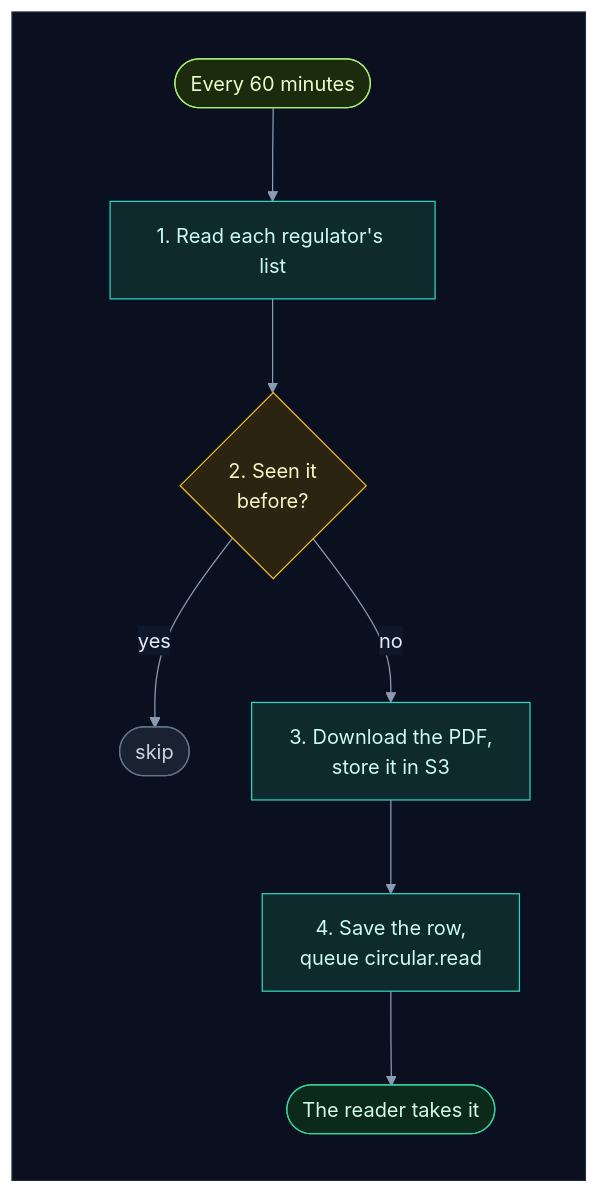
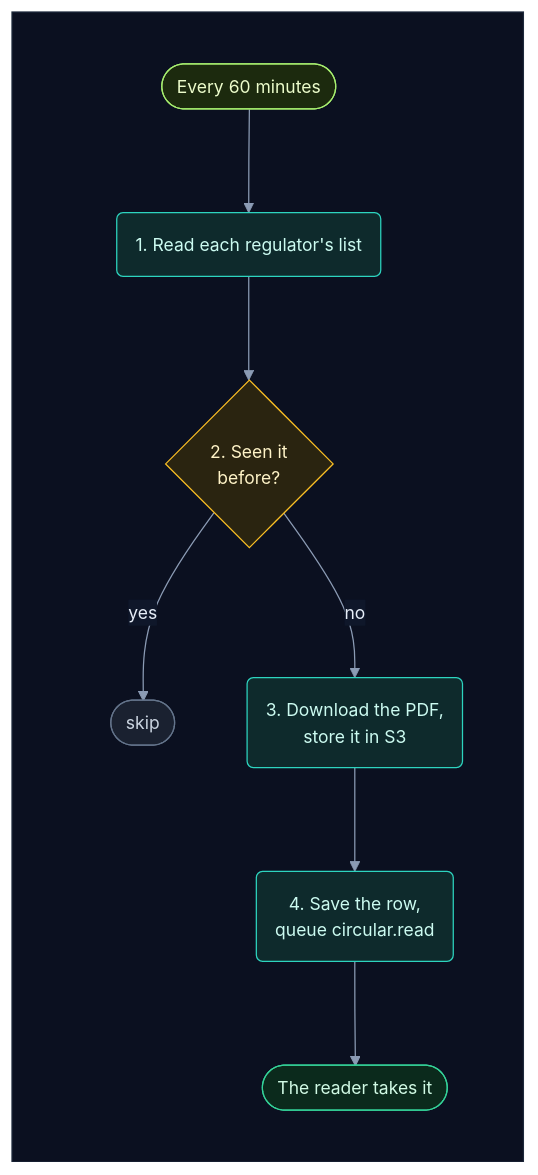
Before and after one commit to selvakumarperumal/Regulatory_Circular_Impact_Agent: the second of 8 diagrams in system_overview.md, drawn with Mermaid. The commit also changed other lines of this file and 5 other files, not shown here.

Commit message:
Give the docs' flowcharts a shape per kind of part, more room and slightly smaller text

````diff
--- a/system_overview.md
+++ b/system_overview.md
@@ -88,24 +88,24 @@
 ```mermaid
-%%{init: {"theme": "base", "flowchart": {"diagramPadding": 0}, "themeVariables": {"darkMode": true, "primaryColor": "#16213a", "primaryTextColor": "#e6edf7", "primaryBorderColor": "#475a7a", "lineColor": "#8b9bb4", "secondaryColor": "#1b2436", "tertiaryColor": "#101a2e", "edgeLabelBackground": "#0f172a", "textColor": "#e2e8f0", "clusterBkg": "#0f1728", "clusterBorder": "#2b3a55", "titleColor": "#c4b5fd", "nodeTextColor": "#e6edf7"}}}%%
+%%{init: {"theme": "base", "flowchart": {"diagramPadding": 0, "nodeSpacing": 58, "rankSpacing": 58, "curve": "basis"}, "themeVariables": {"fontSize": "14px", "darkMode": true, "primaryColor": "#16213a", "primaryTextColor": "#e6edf7", "primaryBorderColor": "#475a7a", "lineColor": "#8b9bb4", "secondaryColor": "#1b2436", "tertiaryColor": "#101a2e", "edgeLabelBackground": "#0f172a", "textColor": "#e2e8f0", "clusterBkg": "#0f1728", "clusterBorder": "#2b3a55", "titleColor": "#c4b5fd", "nodeTextColor": "#e6edf7"}}}%%
 flowchart TD
     subgraph canvas[" "]
         direction TB
-        a(["Every 60 minutes"]) --> b["1. Read each regulator's list"]
+        a(["Every 60 minutes"]) --> b("1. Read each regulator's list")
         b --> c{"2. Seen it<br/>before?"}
         c -->|"yes"| skip(["skip"])
-        c -->|"no"| d["3. Download the PDF,<br/>store it in S3"]
-        d --> e["4. Save the row,<br/>queue circular.read"]
+        c -->|"no"| d("3. Download the PDF,<br/>store it in S3")
+        d --> e("4. Save the row,<br/>queue circular.read")
         e --> f(["The reader takes it"])
     end
     classDef svc fill:#0e2a2c,stroke:#2dd4bf,color:#ccfbf1
     classDef ask fill:#2a2410,stroke:#fbbf24,color:#fef3c7
     classDef ok fill:#0b2a1c,stroke:#34d399,color:#d1fae5
     classDef start fill:#1c2a0e,stroke:#a7ef6f,color:#ecfccb
     classDef muted fill:#1a2130,stroke:#64748b,color:#cbd5e1
     class a start
     class b,d,e svc
     class c ask
     class skip muted
     class f ok
     style canvas fill:#0b1020,stroke:#1e293b,color:#0b1020
 ```
````
